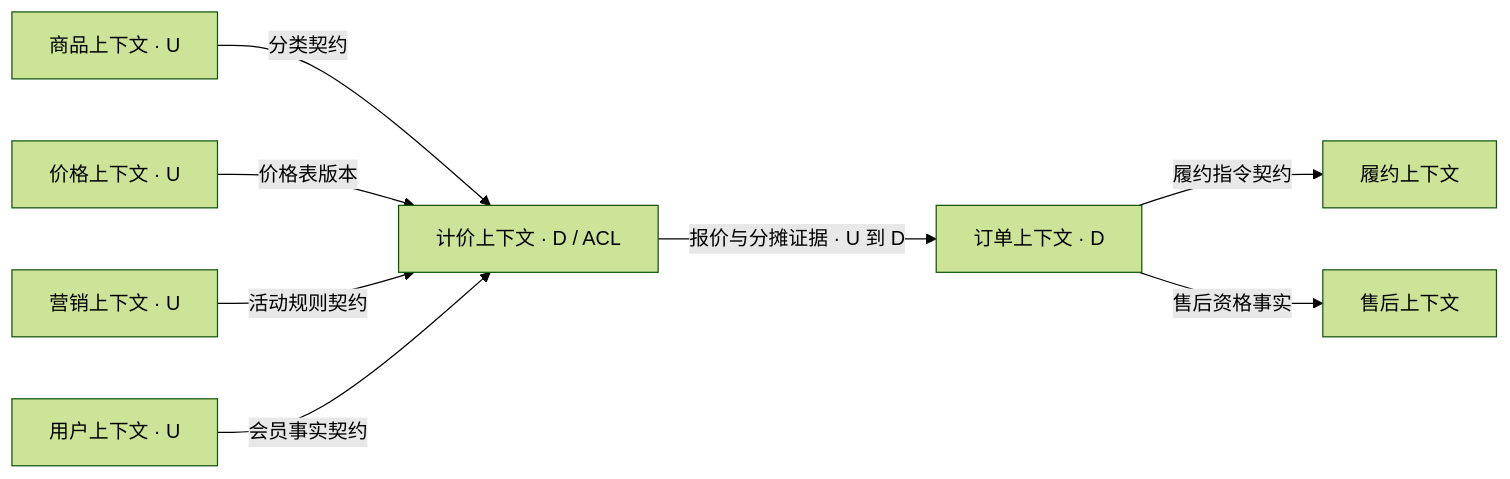
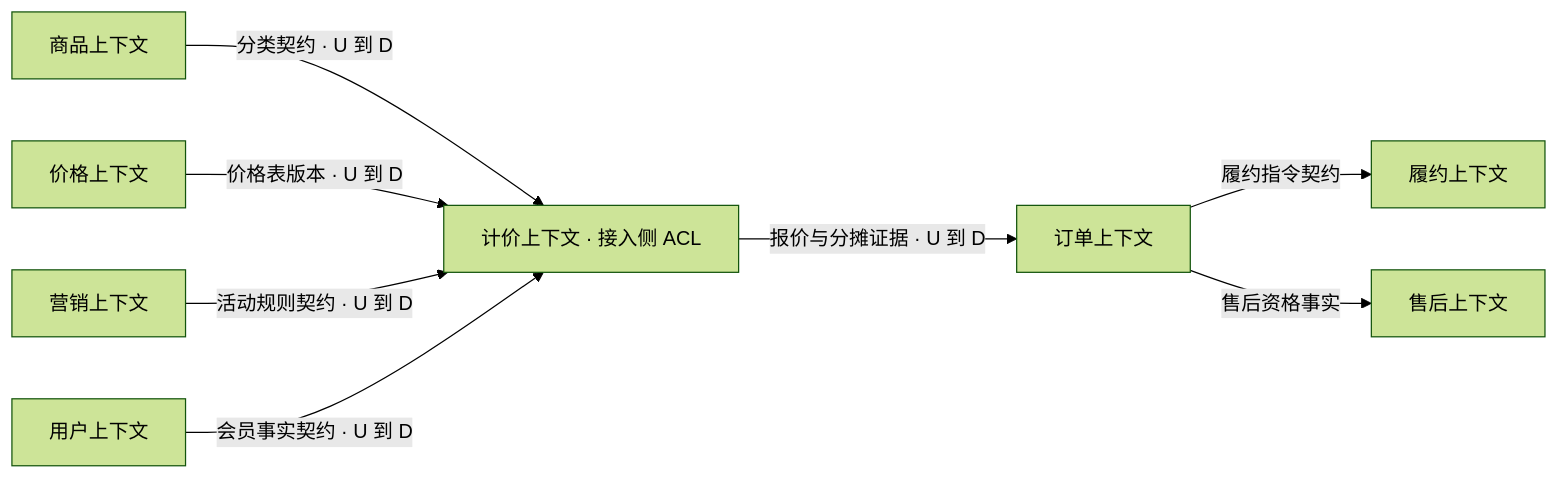
The diagram in source/diagrams/07-engineering-diagrams-ai-workflow/06-ddd-context.mmd (wxquare/wxquare.github.io), drawn with Mermaid (forest theme) before and after one commit. The commit also changed 12 other files, not shown here.

Commit message:
docs: refine engineering diagrams article

```diff
--- a/source/diagrams/07-engineering-diagrams-ai-workflow/06-ddd-context.mmd
+++ b/source/diagrams/07-engineering-diagrams-ai-workflow/06-ddd-context.mmd
@@ -1,8 +1,8 @@
 flowchart LR
-  P["商品上下文 · U"] -->|分类契约| Q["计价上下文 · D / ACL"]
-  B["价格上下文 · U"] -->|价格表版本| Q
-  M["营销上下文 · U"] -->|活动规则契约| Q
-  U["用户上下文 · U"] -->|会员事实契约| Q
-  Q -->|报价与分摊证据 · U 到 D| O["订单上下文 · D"]
+  P["商品上下文"] -->|分类契约 · U 到 D| Q["计价上下文 · 接入侧 ACL"]
+  B["价格上下文"] -->|价格表版本 · U 到 D| Q
+  M["营销上下文"] -->|活动规则契约 · U 到 D| Q
+  U["用户上下文"] -->|会员事实契约 · U 到 D| Q
+  Q -->|报价与分摊证据 · U 到 D| O["订单上下文"]
   O -->|履约指令契约| F["履约上下文"]
   O -->|售后资格事实| R["售后上下文"]
```
